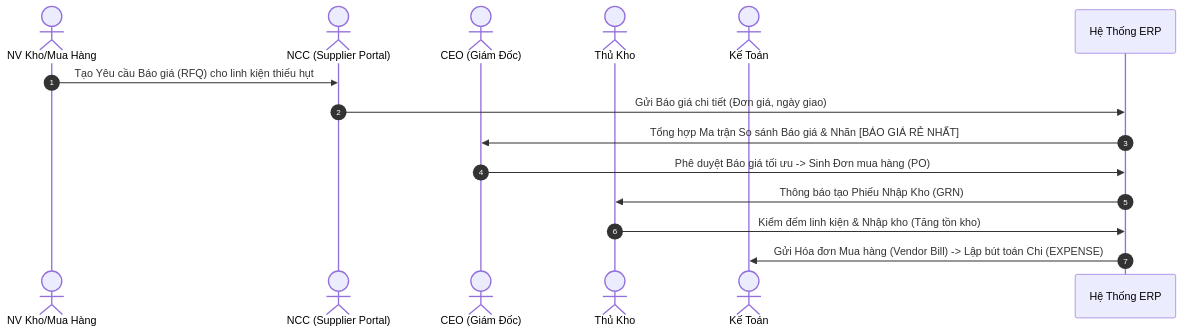
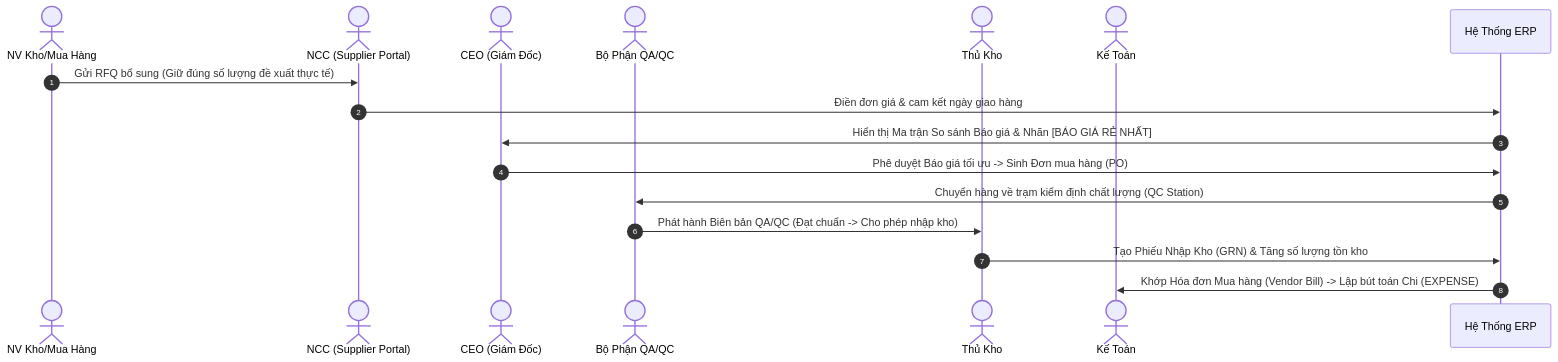
One commit to CauBeHayBun/KLTN_ERP changed the second of 3 diagrams in README.md. Above: the diagram before and after it, drawn with Mermaid. The commit also changed other lines of this file, not shown here.

````diff
--- a/README.md
+++ b/README.md
@@ -110,17 +111,19 @@
 ```mermaid
 sequenceDiagram
     autonumber
     actor NV Kho/Mua Hàng
     actor NCC (Supplier Portal)
     actor CEO (Giám Đốc)
+    actor Bộ Phận QA/QC
     actor Thủ Kho
     actor Kế Toán
 
-    NV Kho/Mua Hàng->>NCC (Supplier Portal): Tạo Yêu cầu Báo giá (RFQ) cho linh kiện thiếu hụt
-    NCC (Supplier Portal)->>Hệ Thống ERP: Gửi Báo giá chi tiết (Đơn giá, ngày giao)
-    Hệ Thống ERP->>CEO (Giám Đốc): Tổng hợp Ma trận So sánh Báo giá & Nhãn [BÁO GIÁ RẺ NHẤT]
+    NV Kho/Mua Hàng->>NCC (Supplier Portal): Gửi RFQ bổ sung (Giữ đúng số lượng đề xuất thực tế)
+    NCC (Supplier Portal)->>Hệ Thống ERP: Điền đơn giá & cam kết ngày giao hàng
+    Hệ Thống ERP->>CEO (Giám Đốc): Hiển thị Ma trận So sánh Báo giá & Nhãn [BÁO GIÁ RẺ NHẤT]
     CEO (Giám Đốc)->>Hệ Thống ERP: Phê duyệt Báo giá tối ưu -> Sinh Đơn mua hàng (PO)
-    Hệ Thống ERP->>Thủ Kho: Thông báo tạo Phiếu Nhập Kho (GRN)
-    Thủ Kho->>Hệ Thống ERP: Kiểm đếm linh kiện & Nhập kho (Tăng tồn kho)
-    Hệ Thống ERP->>Kế Toán: Gửi Hóa đơn Mua hàng (Vendor Bill) -> Lập bút toán Chi (EXPENSE)
+    Hệ Thống ERP->>Bộ Phận QA/QC: Chuyển hàng về trạm kiểm định chất lượng (QC Station)
+    Bộ Phận QA/QC->>Thủ Kho: Phát hành Biên bản QA/QC (Đạt chuẩn -> Cho phép nhập kho)
+    Thủ Kho->>Hệ Thống ERP: Tạo Phiếu Nhập Kho (GRN) & Tăng số lượng tồn kho
+    Hệ Thống ERP->>Kế Toán: Khớp Hóa đơn Mua hàng (Vendor Bill) -> Lập bút toán Chi (EXPENSE)
 ```
````
